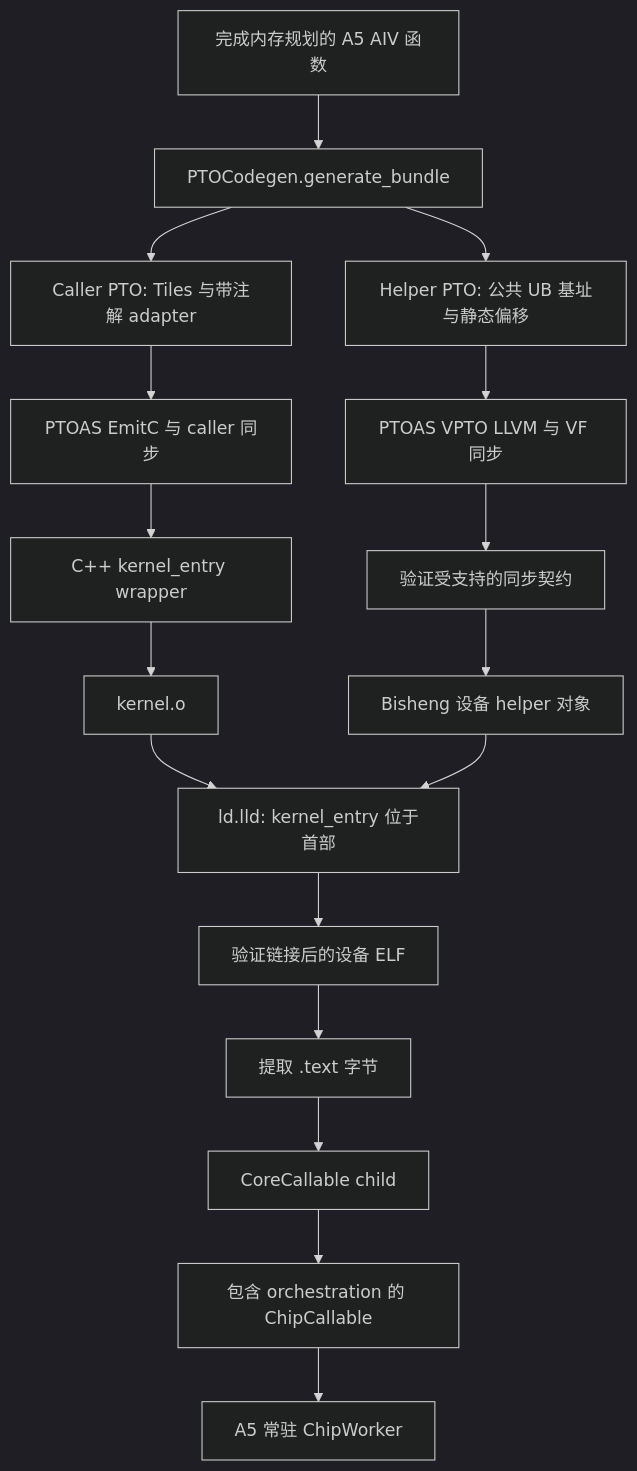
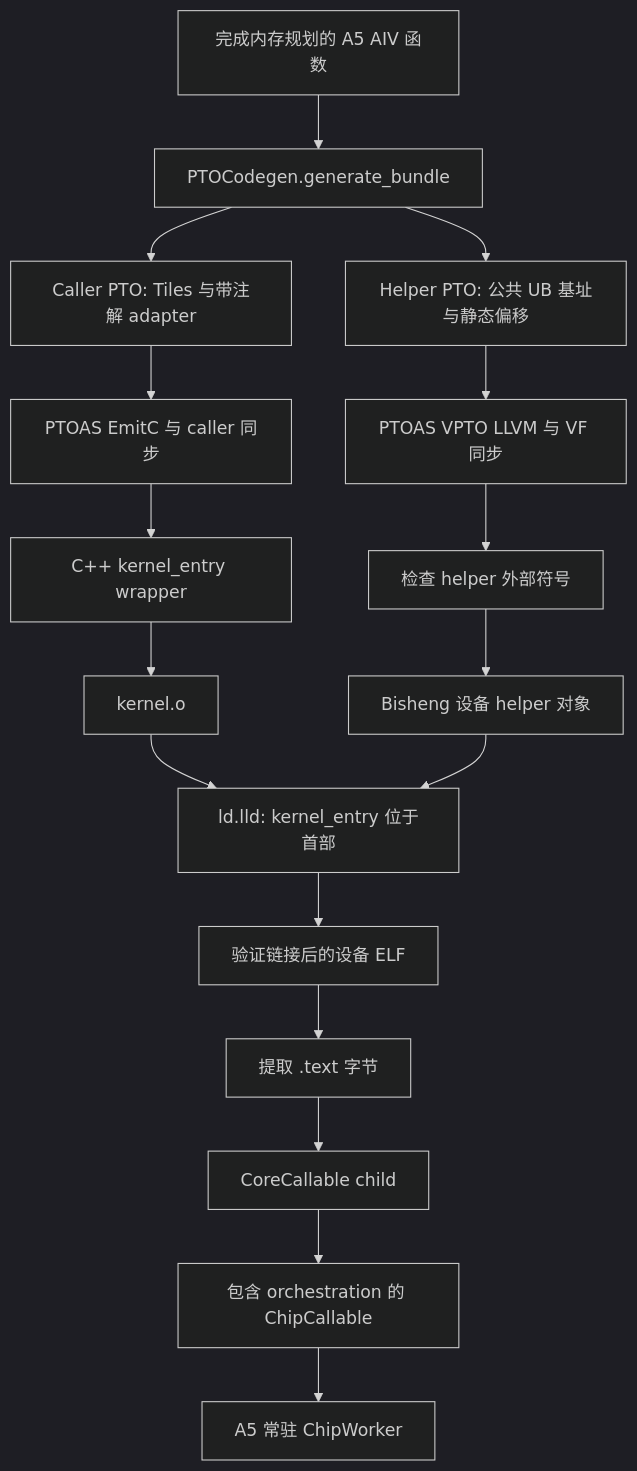
Before and after one commit to hw-native-sys/pypto: the diagram in docs/zh/dev/codegen/03-vpto-vf-integration.md, drawn with Mermaid (dark theme). The commit also changed other lines of this file and 37 other files, not shown here.

````diff
--- a/docs/zh/dev/codegen/03-vpto-vf-integration.md
+++ b/docs/zh/dev/codegen/03-vpto-vf-integration.md
@@ -9,19 +9,19 @@
 ```mermaid
 flowchart TD
   IR[完成内存规划的 A5 AIV 函数] --> Bundle[PTOCodegen.generate_bundle]
   Bundle --> Caller[Caller PTO: Tiles 与带注解 adapter]
   Bundle --> Helper[Helper PTO: 公共 UB 基址与静态偏移]
   Caller --> EmitC[PTOAS EmitC 与 caller 同步]
   EmitC --> Wrapper[C++ kernel_entry wrapper]
   Wrapper --> CallerObj[kernel.o]
   Helper --> LLVM[PTOAS VPTO LLVM 与 VF 同步]
-  LLVM --> Admission[验证受支持的同步契约]
-  Admission --> HelperObj[Bisheng 设备 helper 对象]
+  LLVM --> Symbols[检查 helper 外部符号]
+  Symbols --> HelperObj[Bisheng 设备 helper 对象]
   CallerObj --> Link[ld.lld: kernel_entry 位于首部]
   HelperObj --> Link
   Link --> ELF[验证链接后的设备 ELF]
   ELF --> Text[提取 .text 字节]
   Text --> Core[CoreCallable child]
   Core --> Chip[包含 orchestration 的 ChipCallable]
   Chip --> Worker[A5 常驻 ChipWorker]
 ```
````
